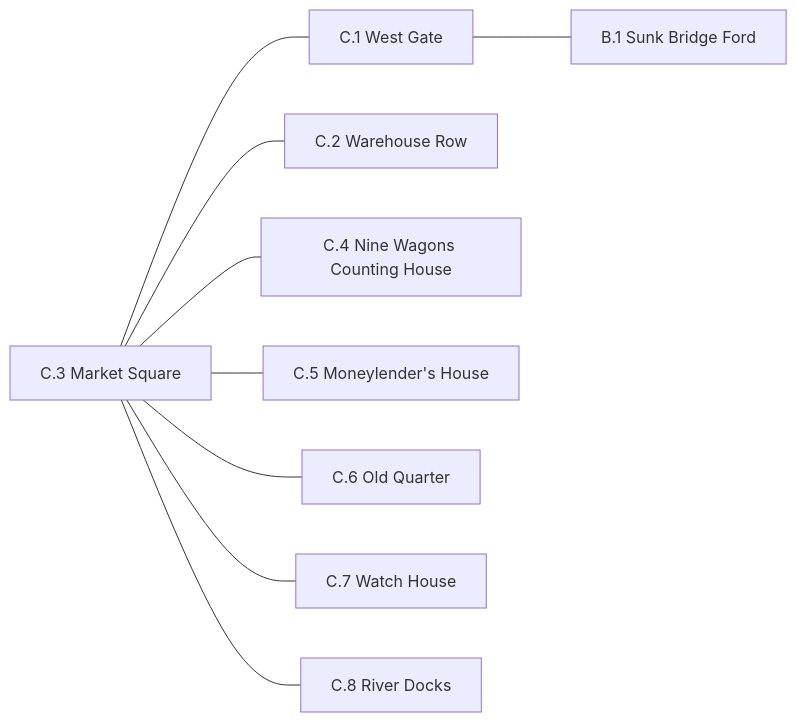
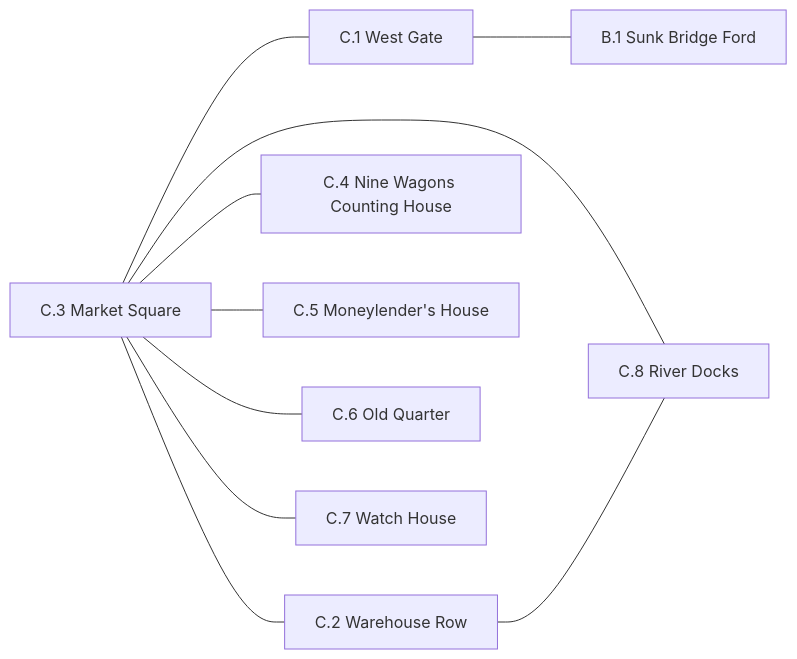
The diagram in setting/region/C/Connections.mmd (rstevenson1237/setting_builder), drawn with Mermaid before and after one commit. The commit also changed 10 other files, not shown here.

````diff
--- a/setting/region/C/Connections.mmd
+++ b/setting/region/C/Connections.mmd
@@ -1,11 +1,12 @@
 ```mermaid
 graph LR
     C3["C.3 Market Square"] --- C1["C.1 West Gate"]
     C3 --- C2["C.2 Warehouse Row"]
     C3 --- C4["C.4 Nine Wagons Counting House"]
     C3 --- C5["C.5 Moneylender's House"]
     C3 --- C6["C.6 Old Quarter"]
     C3 --- C7["C.7 Watch House"]
     C3 --- C8["C.8 River Docks"]
+    C2 --- C8
     C1 --- B1["B.1 Sunk Bridge Ford"]
 ```
````
